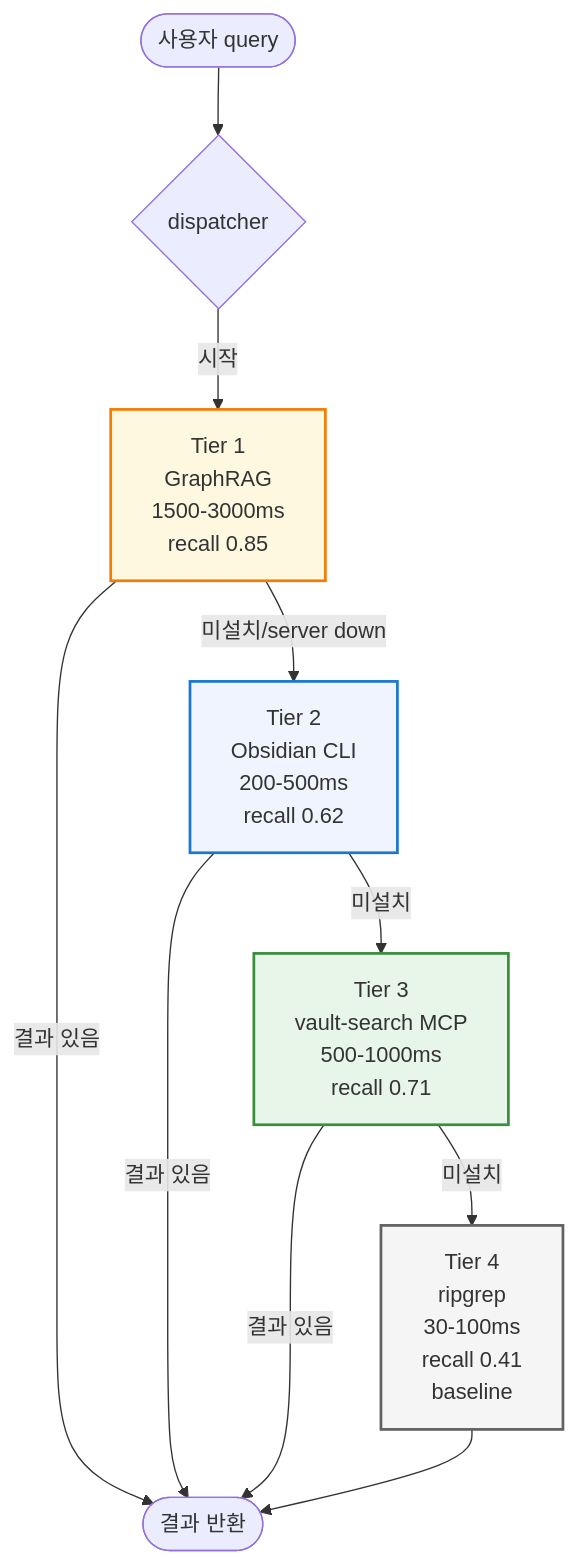
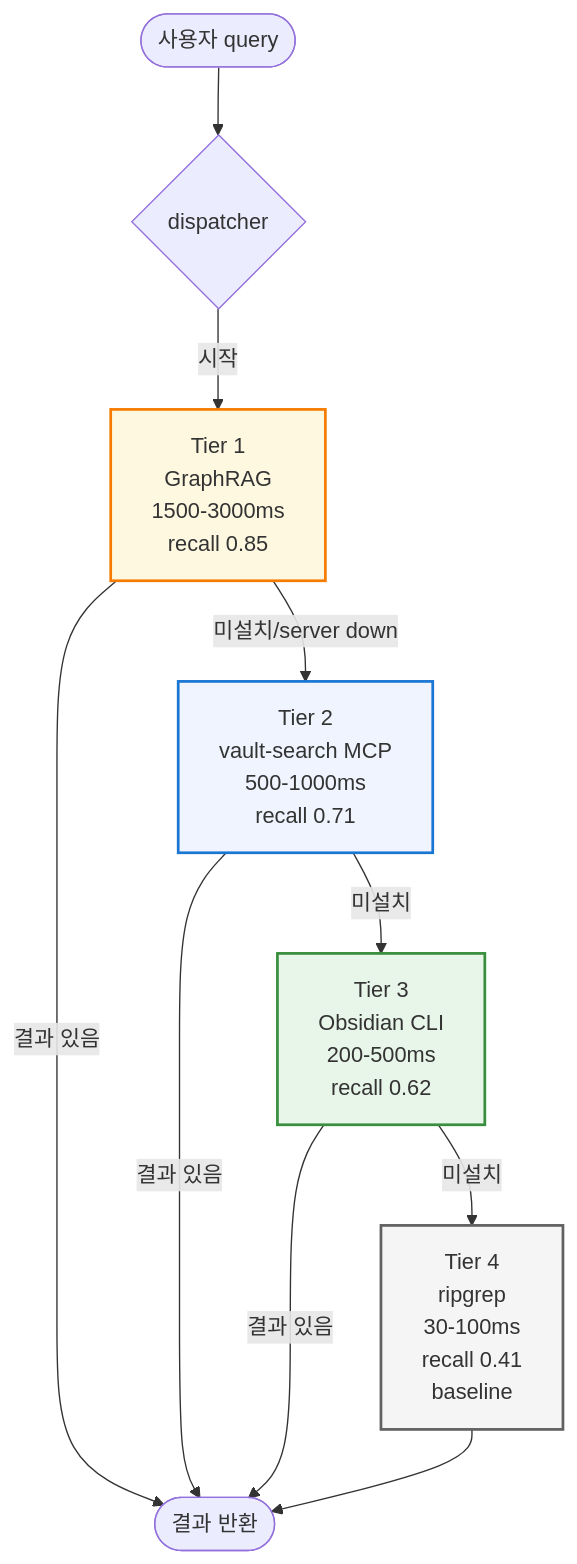
Before and after one commit to treylom/claude-discode: the first of 6 diagrams in docs/ARCHITECTURE.md, drawn with Mermaid. The commit also changed other lines of this file, not shown here.

Commit message:
docs(v2.0): ARCHITECTURE.md mermaid Tier 2/3 swap (4-Tier flow + 전체 통합)

````diff
--- a/docs/ARCHITECTURE.md
+++ b/docs/ARCHITECTURE.md
@@ -9,25 +9,25 @@
 ```mermaid
 flowchart TD
     Start([사용자 query]) --> Disp{dispatcher}
 
     Disp -->|시작| T1[Tier 1<br/>GraphRAG<br/>1500-3000ms<br/>recall 0.85]
     T1 -->|결과 있음| Return([결과 반환])
     T1 -->|미설치/server down| T2
 
-    T2[Tier 2<br/>Obsidian CLI<br/>200-500ms<br/>recall 0.62] -->|결과 있음| Return
+    T2[Tier 2<br/>vault-search MCP<br/>500-1000ms<br/>recall 0.71] -->|결과 있음| Return
     T2 -->|미설치| T3
 
-    T3[Tier 3<br/>vault-search MCP<br/>500-1000ms<br/>recall 0.71] -->|결과 있음| Return
+    T3[Tier 3<br/>Obsidian CLI<br/>200-500ms<br/>recall 0.62] -->|결과 있음| Return
     T3 -->|미설치| T4
 
     T4[Tier 4<br/>ripgrep<br/>30-100ms<br/>recall 0.41<br/>baseline] --> Return
 
     classDef tier1 fill:#fff8e1,stroke:#f57c00,stroke-width:2px
     classDef tier2 fill:#f0f4ff,stroke:#1976d2,stroke-width:2px
     classDef tier3 fill:#e8f5e9,stroke:#388e3c,stroke-width:2px
     classDef tier4 fill:#f5f5f5,stroke:#616161,stroke-width:2px
     class T1 tier1
     class T2 tier2
     class T3 tier3
     class T4 tier4
 ```
````
